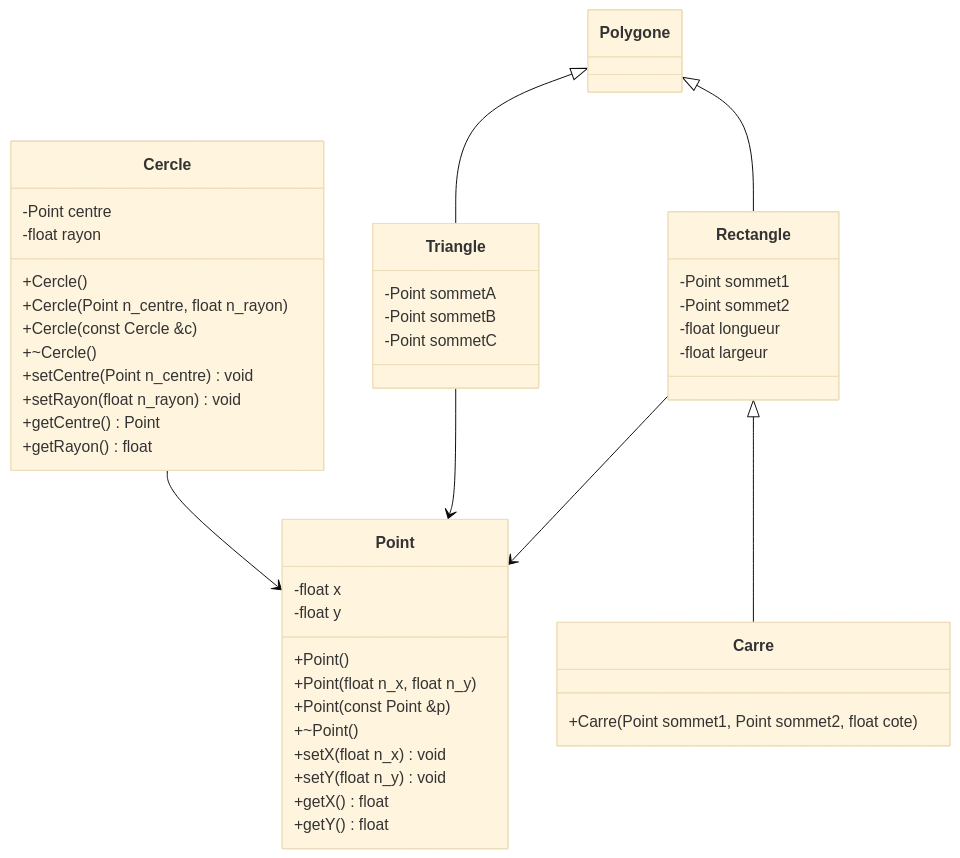
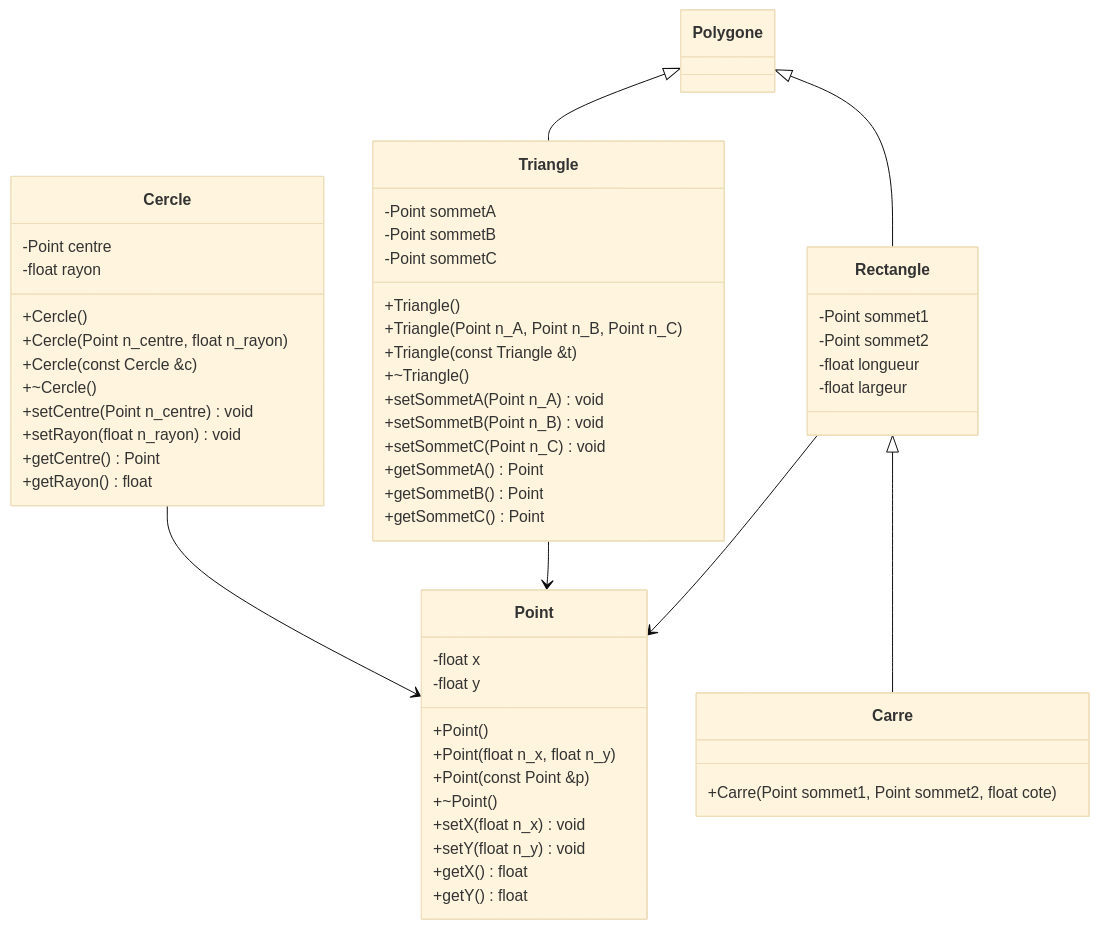
Before and after one commit to Am0L0/POO-prosit_3: the diagram in README.md, drawn with Mermaid (base theme).

Commit message:
Mise à jour Readme avec les setters, getters et attributs de triangle

````diff
--- a/README.md
+++ b/README.md
@@ -12,55 +12,65 @@
 ```mermaid
 classDiagram
     class Point {
         -float x
         -float y
         +Point()
         +Point(float n_x, float n_y)
         +Point(const Point &p)
         +~Point()
         +setX(float n_x) void
         +setY(float n_y) void
         +getX() float
         +getY() float
     }
 
     class Polygone {
     }
 
     class Cercle {
         -Point centre
         -float rayon
         +Cercle()
         +Cercle(Point n_centre, float n_rayon)
         +Cercle(const Cercle &c)
         +~Cercle()
         +setCentre(Point n_centre) void
         +setRayon(float n_rayon) void
         +getCentre() Point
         +getRayon() float
     }
 
     class Carre {
         +Carre(Point sommet1, Point sommet2, float cote)
     }
 
     class Rectangle {
         -Point sommet1
         -Point sommet2
         -float longueur
         -float largeur
     }
 
     class Triangle {
         -Point sommetA
         -Point sommetB
         -Point sommetC
+        +Triangle()
+        +Triangle(Point n_A, Point n_B, Point n_C)
+        +Triangle(const Triangle &t)
+        +~Triangle()
+        +setSommetA(Point n_A) void
+        +setSommetB(Point n_B) void
+        +setSommetC(Point n_C) void
+        +getSommetA() Point
+        +getSommetB() Point
+        +getSommetC() Point
     }
 
     Rectangle <|-- Carre
     Polygone <|-- Rectangle
     Polygone <|-- Triangle
     Cercle --> Point
     Rectangle --> Point
     Triangle --> Point
 ```
````
